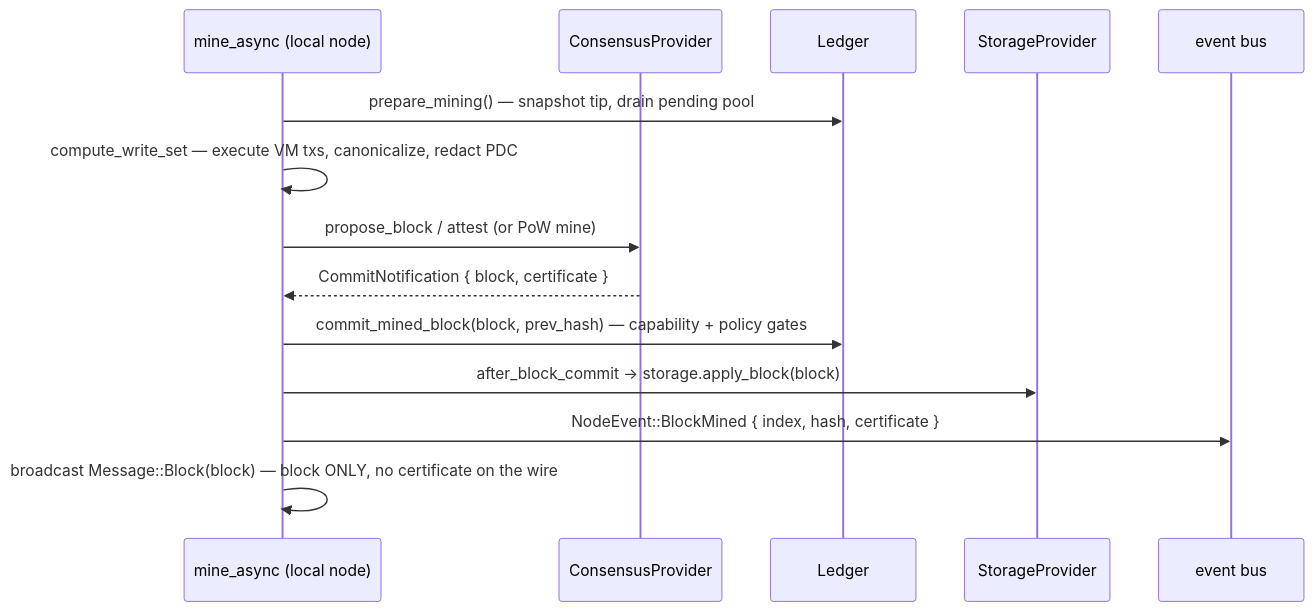
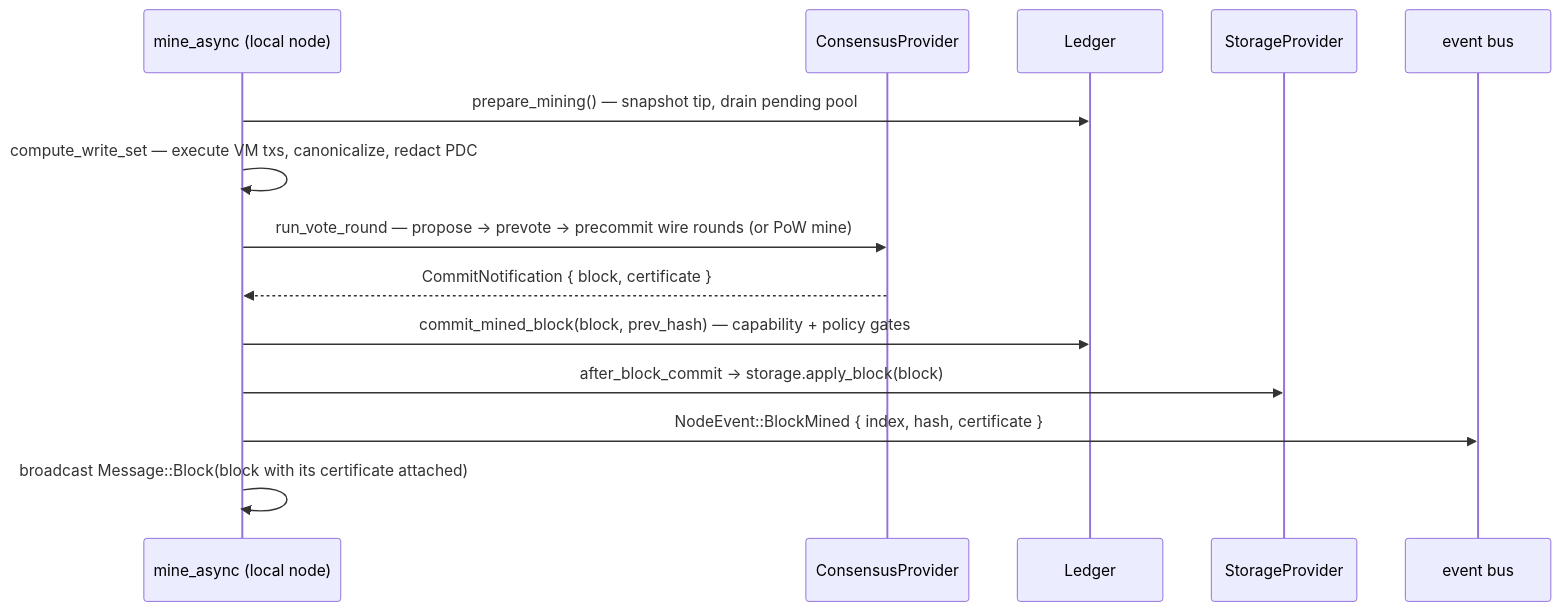
Before and after one commit to dbbvitor/GlassChain: the first of 2 diagrams in docs/consensus.md, drawn with Mermaid. The commit also changed other lines of this file and 17 other files, not shown here.

Commit message:
docs: reconcile roadmap and plan browser demo with WebGPU (#89)

````diff
--- a/docs/consensus.md
+++ b/docs/consensus.md
@@ -197,16 +245,16 @@
 ```mermaid
 sequenceDiagram
     participant M as mine_async (local node)
     participant CP as ConsensusProvider
     participant L as Ledger
     participant S as StorageProvider
     participant E as event bus
     M->>L: prepare_mining() — snapshot tip, drain pending pool
     M->>M: compute_write_set — execute VM txs, canonicalize, redact PDC
-    M->>CP: propose_block / attest (or PoW mine)
+    M->>CP: run_vote_round — propose → prevote → precommit wire rounds (or PoW mine)
     CP-->>M: CommitNotification { block, certificate }
     M->>L: commit_mined_block(block, prev_hash) — capability + policy gates
     M->>S: after_block_commit → storage.apply_block(block)
     M->>E: NodeEvent::BlockMined { index, hash, certificate }
-    M->>M: broadcast Message::Block(block) — block ONLY, no certificate on the wire
+    M->>M: broadcast Message::Block(block with its certificate attached)
 ```
````
